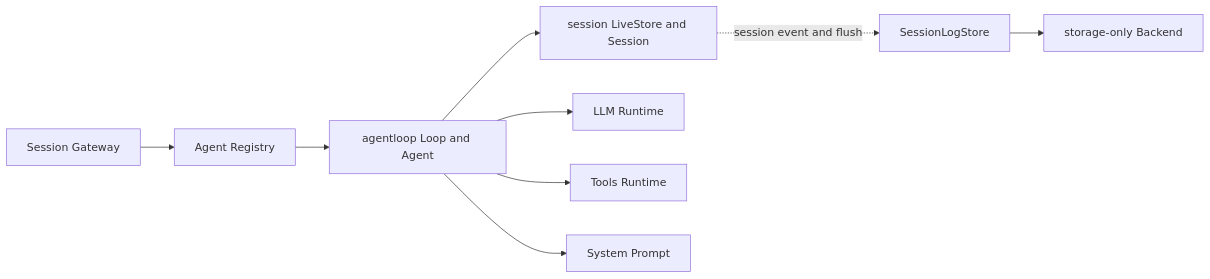
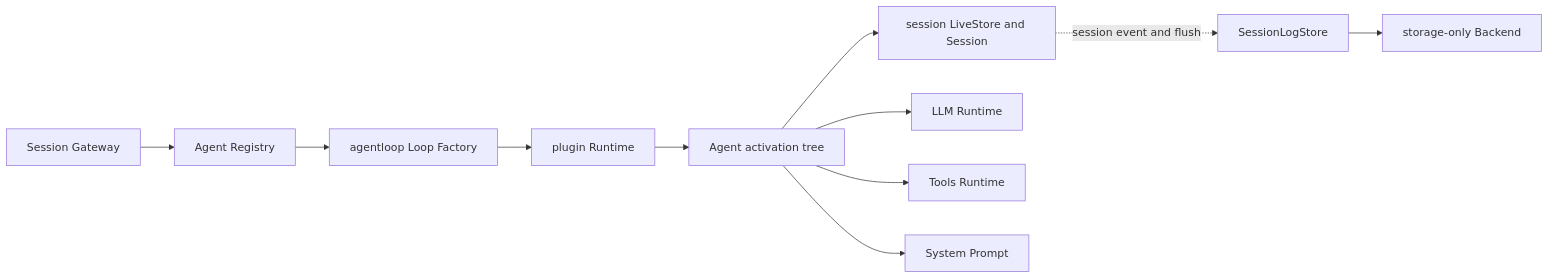
Before and after one commit to gorenx/goren: the first of 3 diagrams in agentloop/README.zh-CN.md, drawn with Mermaid. The commit also changed other lines of this file and 1 other file, not shown here.

Commit message:
docs(agent): explain tree publication lifecycle

````diff
--- a/agentloop/README.zh-CN.md
+++ b/agentloop/README.zh-CN.md
@@ -19,11 +22,13 @@
 ```mermaid
 flowchart LR
     API[Session Gateway] --> REG[Agent Registry]
-    REG --> LOOP[agentloop Loop and Agent]
-    LOOP --> S[session LiveStore and Session]
-    LOOP --> L[LLM Runtime]
-    LOOP --> T[Tools Runtime]
-    LOOP --> P[System Prompt]
+    REG --> LOOP[agentloop Loop Factory]
+    LOOP --> RT[plugin Runtime]
+    RT --> TREE[Agent activation tree]
+    TREE --> S[session LiveStore and Session]
+    TREE --> L[LLM Runtime]
+    TREE --> T[Tools Runtime]
+    TREE --> P[System Prompt]
     S -. session event and flush .-> D[SessionLogStore]
     D --> B[storage-only Backend]
 ```
````
